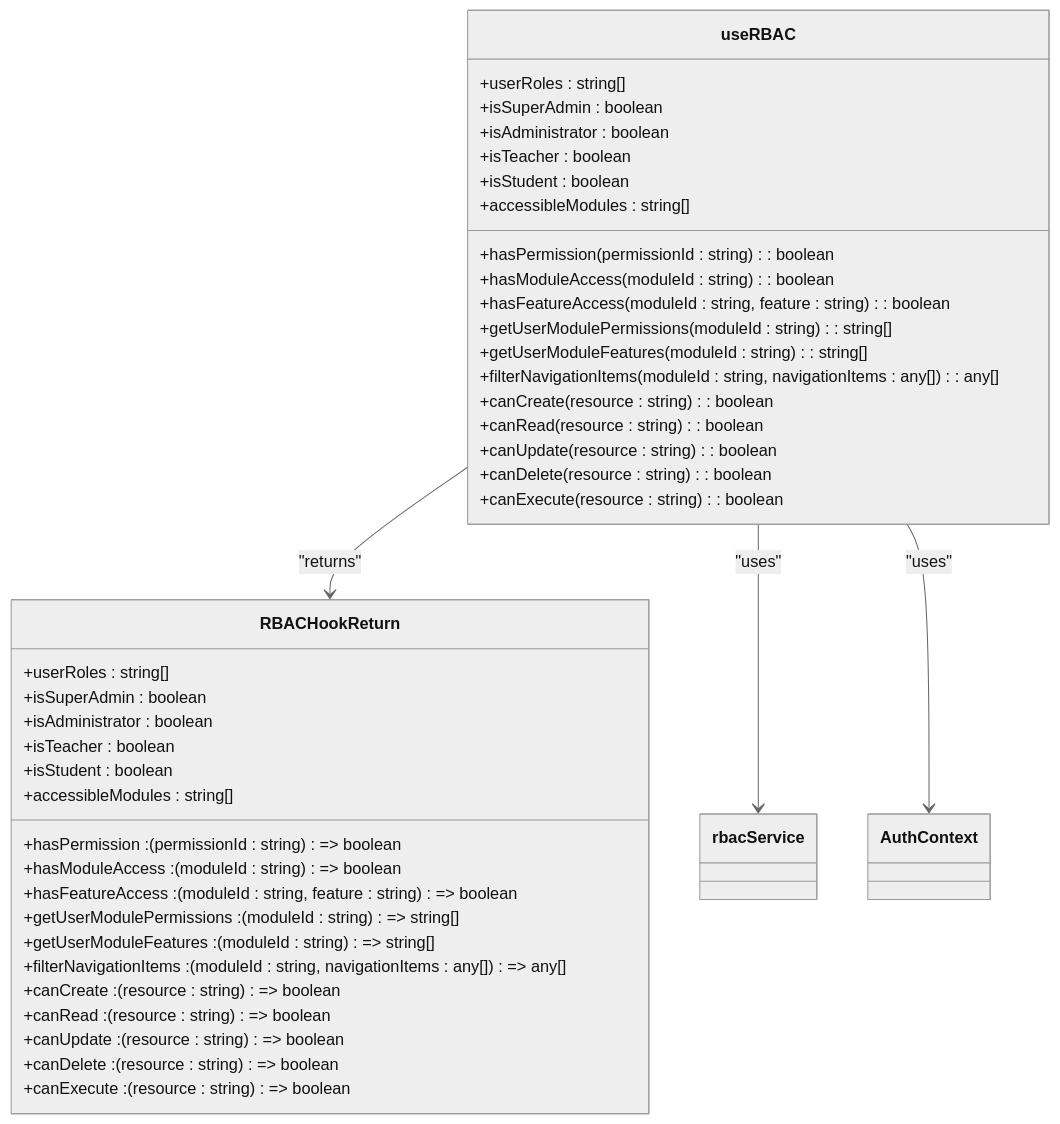
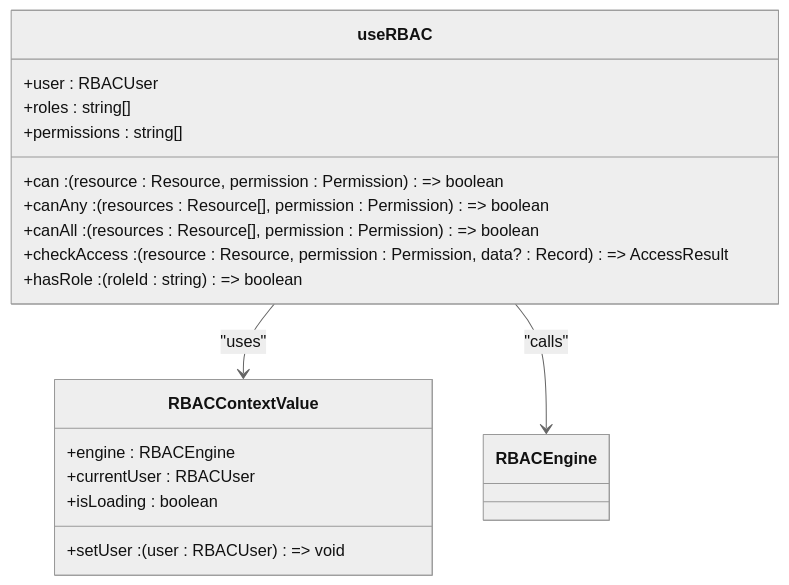
The sixth of 9 diagrams in .qoder/repowiki/en/content/Core Systems/Authentication & Authorization/RBAC Architecture.md (geniusdynamics/schoolpilot), drawn with Mermaid (neutral theme) before and after one commit. The commit also changed other lines of this file and 760 other files, not shown here.

````diff
--- a/.qoder/repowiki/en/content/Core Systems/Authentication & Authorization/RBAC Architecture.md
+++ b/.qoder/repowiki/en/content/Core Systems/Authentication & Authorization/RBAC Architecture.md
@@ -305,44 +299,21 @@
 ```mermaid
 classDiagram
 class useRBAC {
-+hasPermission(permissionId : string) : boolean
-+hasModuleAccess(moduleId : string) : boolean
-+hasFeatureAccess(moduleId : string, feature : string) : boolean
-+userRoles : string[]
-+isSuperAdmin : boolean
-+isAdministrator : boolean
-+isTeacher : boolean
-+isStudent : boolean
-+accessibleModules : string[]
-+getUserModulePermissions(moduleId : string) : string[]
-+getUserModuleFeatures(moduleId : string) : string[]
-+filterNavigationItems(moduleId : string, navigationItems : any[]) : any[]
-+canCreate(resource : string) : boolean
-+canRead(resource : string) : boolean
-+canUpdate(resource : string) : boolean
-+canDelete(resource : string) : boolean
-+canExecute(resource : string) : boolean
++can : (resource : Resource, permission : Permission) => boolean
++canAny : (resources : Resource[], permission : Permission) => boolean
++canAll : (resources : Resource[], permission : Permission) => boolean
++checkAccess : (resource : Resource, permission : Permission, data? : Record) => AccessResult
++user : RBACUser
++roles : string[]
++permissions : string[]
++hasRole : (roleId : string) => boolean
 }
-class RBACHookReturn {
-+hasPermission : (permissionId : string) => boolean
-+hasModuleAccess : (moduleId : string) => boolean
-+hasFeatureAccess : (moduleId : string, feature : string) => boolean
-+userRoles : string[]
-+isSuperAdmin : boolean
-+isAdministrator : boolean
-+isTeacher : boolean
-+isStudent : boolean
-+accessibleModules : string[]
-+getUserModulePermissions : (moduleId : string) => string[]
-+getUserModuleFeatures : (moduleId : string) => string[]
-+filterNavigationItems : (moduleId : string, navigationItems : any[]) => any[]
-+canCreate : (resource : string) => boolean
-+canRead : (resource : string) => boolean
-+canUpdate : (resource : string) => boolean
-+canDelete : (resource : string) => boolean
-+canExecute : (resource : string) => boolean
+class RBACContextValue {
++engine : RBACEngine
++currentUser : RBACUser
++setUser : (user : RBACUser) => void
++isLoading : boolean
 }
-useRBAC --> RBACHookReturn : "returns"
-useRBAC --> rbacService : "uses"
-useRBAC --> AuthContext : "uses"
+useRBAC --> RBACContextValue : "uses"
+useRBAC --> RBACEngine : "calls"
 ```
````
